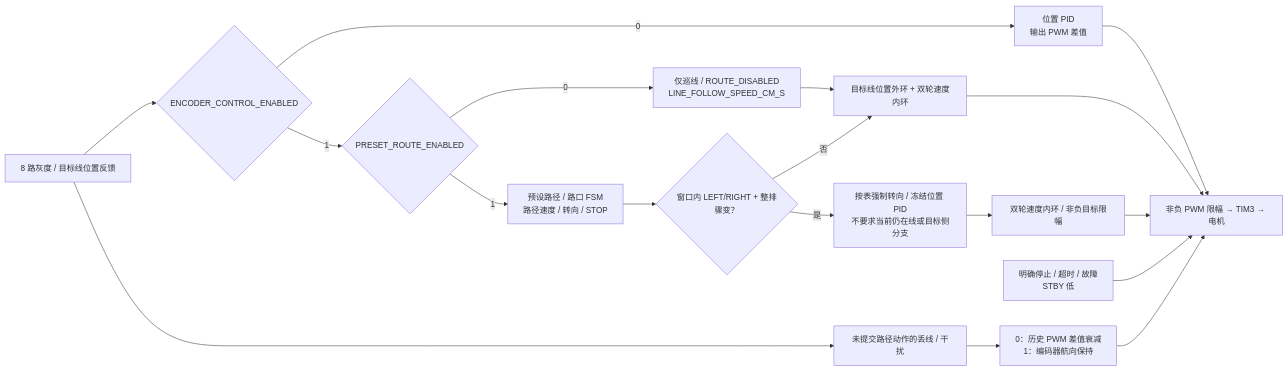
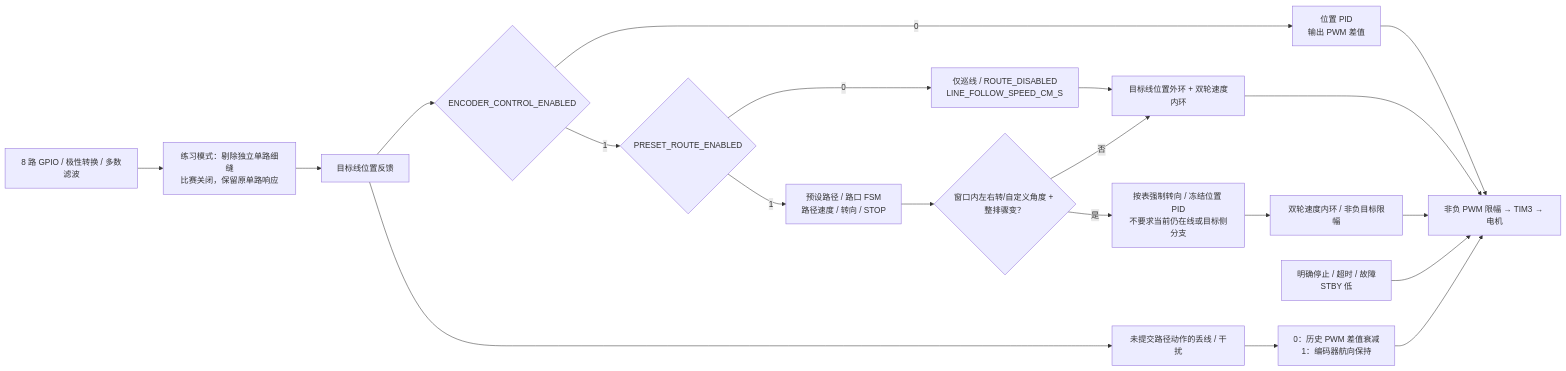
Before and after one commit to Nailong-Corporation/car_stm32_school_competition: the first of 3 diagrams in README.md, drawn with Mermaid. The commit also changed other lines of this file and 50 other files, not shown here.

````diff
--- a/README.md
+++ b/README.md
@@ -99,20 +124,22 @@
 ```mermaid
 flowchart LR
-    GPIO["8 路灰度 / 目标线位置反馈"] --> SELECT{"ENCODER_CONTROL_ENABLED"}
+    INPUT["8 路 GPIO / 极性转换 / 多数滤波"] --> SEAM["练习模式：剔除独立单路细缝<br/>比赛关闭，保留原单路响应"]
+    SEAM --> GPIO["目标线位置反馈"]
+    GPIO --> SELECT{"ENCODER_CONTROL_ENABLED"}
     SELECT -->|0| POSITION["位置 PID<br/>输出 PWM 差值"]
     POSITION --> PWM["非负 PWM 限幅 → TIM3 → 电机"]
     SELECT -->|1| ROUTE{"PRESET_ROUTE_ENABLED"}
     ROUTE -->|0| ONLY["仅巡线 / ROUTE_DISABLED<br/>LINE_FOLLOW_SPEED_CM_S"]
     ROUTE -->|1| TABLE["预设路径 / 路口 FSM<br/>路径速度 / 转向 / STOP"]
     ONLY --> CASCADE["目标线位置外环 + 双轮速度内环"]
-    TABLE --> PRIORITY{"窗口内 LEFT/RIGHT + 整排骤变？"}
+    TABLE --> PRIORITY{"窗口内左右转/自定义角度 + 整排骤变？"}
     PRIORITY -->|否| CASCADE
     PRIORITY -->|是| FORCED["按表强制转向 / 冻结位置 PID<br/>不要求当前仍在线或目标侧分支"]
     FORCED --> INNER["双轮速度内环 / 非负目标限幅"]
     INNER --> PWM
     CASCADE --> PWM
     GPIO --> BAD["未提交路径动作的丢线 / 干扰"]
     BAD --> HOLD["0：历史 PWM 差值衰减<br/>1：编码器航向保持"]
     HOLD --> PWM
     STOP["明确停止 / 超时 / 故障<br/>STBY 低"] --> PWM
 ```
````
